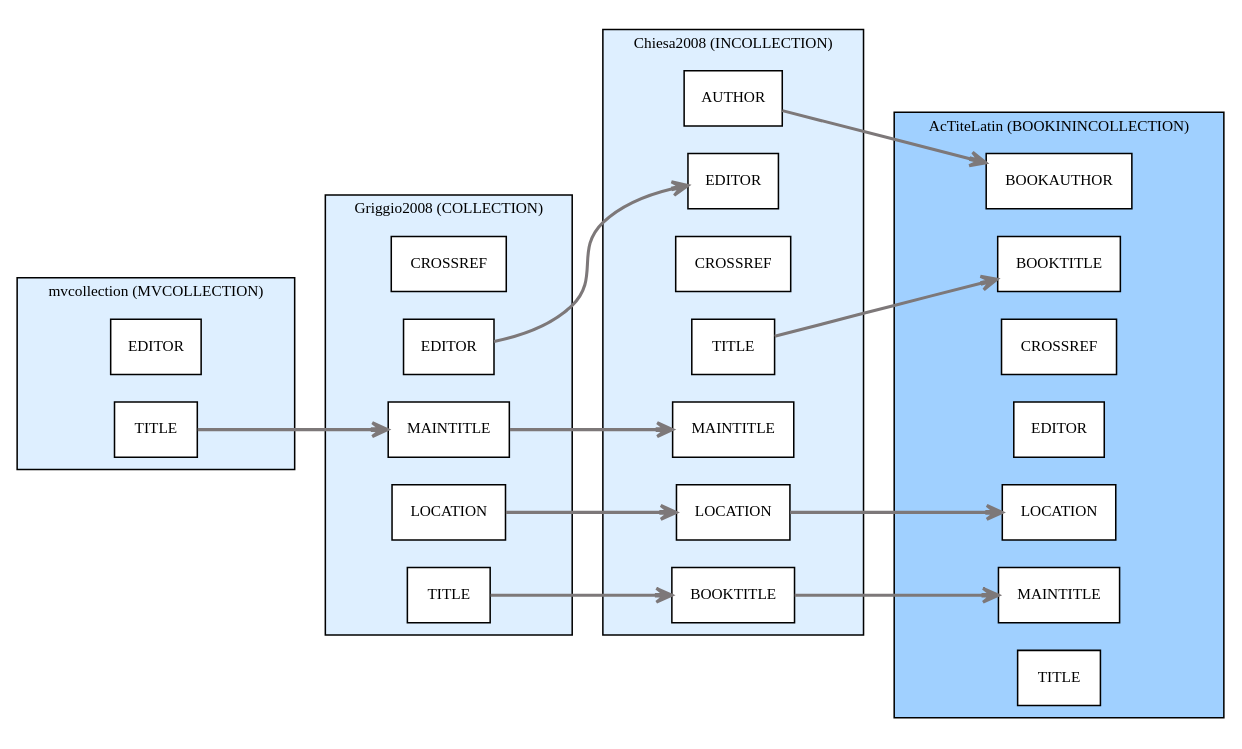
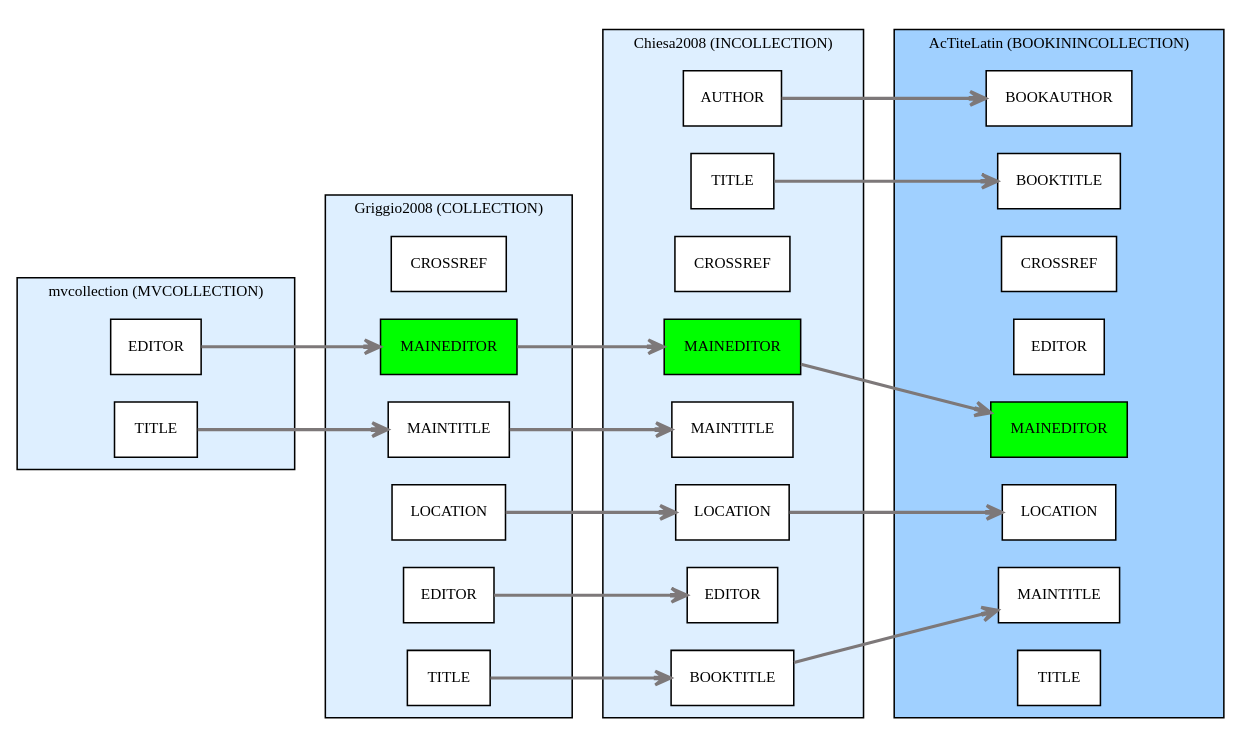
One commit to maieul/biblatex-bookinarticle changed the diagram in collection.dot. Above: the diagram before and after it, drawn with Graphviz.

Commit message:
ajouter le champ maineditor

```diff
--- a/collection.dot
+++ b/collection.dot
@@ -1,76 +1,82 @@
 digraph Biberdata {
   compound = true;
   edge [ arrowhead=open ];
   graph [ style=filled, rankdir=LR ];
   node [
     fontsize=10,
     fillcolor=white,
     style=filled,
     shape=box ];
 
   subgraph "cluster_section0/AcTiteLatin" {
     fontsize="10";
     label="AcTiteLatin (BOOKININCOLLECTION)";
     tooltip="AcTiteLatin (BOOKININCOLLECTION)";
     fillcolor="#a0d0ff";
 
     "section0/AcTiteLatin/bookauthor" [ label="BOOKAUTHOR" ]
     "section0/AcTiteLatin/booktitle" [ label="BOOKTITLE" ]
     "section0/AcTiteLatin/crossref" [ label="CROSSREF" ]
     "section0/AcTiteLatin/editor" [ label="EDITOR" ]
+    "section0/AcTiteLatin/maineditor" [fillcolor="#00ff00", label="MAINEDITOR" ]
     "section0/AcTiteLatin/location" [ label="LOCATION" ]
     "section0/AcTiteLatin/maintitle" [ label="MAINTITLE" ]
     "section0/AcTiteLatin/title" [ label="TITLE" ]
   }
 
   subgraph "cluster_section0/mvcollection" {
     fontsize="10";
     label="mvcollection (MVCOLLECTION)";
     tooltip="mvcollection (MVCOLLECTION)";
     fillcolor="#deefff";
 
     "section0/mvcollection/editor" [ label="EDITOR" ]
     "section0/mvcollection/title" [ label="TITLE" ]
   }
 
   subgraph "cluster_section0/Chiesa2008" {
     fontsize="10";
     label="Chiesa2008 (INCOLLECTION)";
     tooltip="Chiesa2008 (INCOLLECTION)";
     fillcolor="#deefff";
 
     "section0/Chiesa2008/author" [ label="AUTHOR" ]
     "section0/Chiesa2008/booktitle" [ label="BOOKTITLE" ]
     "section0/Chiesa2008/crossref" [ label="CROSSREF" ]
     "section0/Chiesa2008/editor" [ label="EDITOR" ]
+    "section0/Chiesa2008/maineditor" [fillcolor="#00ff00", label="MAINEDITOR" ]
     "section0/Chiesa2008/location" [ label="LOCATION" ]
     "section0/Chiesa2008/maintitle" [ label="MAINTITLE" ]
     "section0/Chiesa2008/title" [ label="TITLE" ]
   }
 
   subgraph "cluster_section0/Griggio2008" {
     fontsize="10";
     label="Griggio2008 (COLLECTION)";
     tooltip="Griggio2008 (COLLECTION)";
     fillcolor="#deefff";
 
     "section0/Griggio2008/crossref" [ label="CROSSREF" ]
     "section0/Griggio2008/editor" [ label="EDITOR" ]
+    "section0/Griggio2008/maineditor" [fillcolor="#00ff00", label="MAINEDITOR" ]
     "section0/Griggio2008/location" [ label="LOCATION" ]
     "section0/Griggio2008/maintitle" [ label="MAINTITLE" ]
     "section0/Griggio2008/title" [ label="TITLE" ]
   }
 
 
 
   "section0/mvcollection/title" -> "section0/Griggio2008/maintitle" [ penwidth="2.0", color="#7d7879", tooltip="Griggio2008/MAINTITLE inherited via CROSSREF from mvcollection/TITLE" ]
+  "section0/mvcollection/editor" -> "section0/Griggio2008/maineditor" [ penwidth="2.0", color="#7d7879", tooltip="Griggio2008/MAINEDITOR inherited via CROSSREF from mvcollection/EDITOR" ]
   "section0/Chiesa2008/booktitle" -> "section0/AcTiteLatin/maintitle" [ penwidth="2.0", color="#7d7879", tooltip="AcTiteLatin/MAINTITLE inherited via CROSSREF from Chiesa2008/BOOKTITLE" ]
+  "section0/Chiesa2008/maineditor" -> "section0/AcTiteLatin/maineditor" [ penwidth="2.0", color="#7d7879", tooltip="AcTiteLatin/MAINEDITOR inherited via CROSSREF from Chiesa2008/MAINEDITOR" ]
   "section0/Chiesa2008/author" -> "section0/AcTiteLatin/bookauthor" [ penwidth="2.0", color="#7d7879", tooltip="AcTiteLatin/BOOKAUTHOR inherited via CROSSREF from Chiesa2008/AUTHOR" ]
   "section0/Chiesa2008/location" -> "section0/AcTiteLatin/location" [ penwidth="2.0", color="#7d7879", tooltip="AcTiteLatin/LOCATION inherited via CROSSREF from Chiesa2008/LOCATION" ]
   "section0/Chiesa2008/title" -> "section0/AcTiteLatin/booktitle" [ penwidth="2.0", color="#7d7879", tooltip="AcTiteLatin/BOOKTITLE inherited via CROSSREF from Chiesa2008/TITLE" ]
   "section0/Griggio2008/editor" -> "section0/Chiesa2008/editor" [ penwidth="2.0", color="#7d7879", tooltip="Chiesa2008/EDITOR inherited via CROSSREF from Griggio2008/EDITOR" ]
+  "section0/Griggio2008/maineditor" -> "section0/Chiesa2008/maineditor" [ penwidth="2.0", color="#7d7879", tooltip="Chiesa2008/MAINEDITOR inherited via CROSSREF from Griggio2008/MAINEDITOR" ]
   "section0/Griggio2008/title" -> "section0/Chiesa2008/booktitle" [ penwidth="2.0", color="#7d7879", tooltip="Chiesa2008/BOOKTITLE inherited via CROSSREF from Griggio2008/TITLE" ]
   "section0/Griggio2008/location" -> "section0/Chiesa2008/location" [ penwidth="2.0", color="#7d7879", tooltip="Chiesa2008/LOCATION inherited via CROSSREF from Griggio2008/LOCATION" ]
   "section0/Griggio2008/maintitle" -> "section0/Chiesa2008/maintitle" [ penwidth="2.0", color="#7d7879", tooltip="Chiesa2008/MAINTITLE inherited via CROSSREF from Griggio2008/MAINTITLE" ]
 
 }
```
